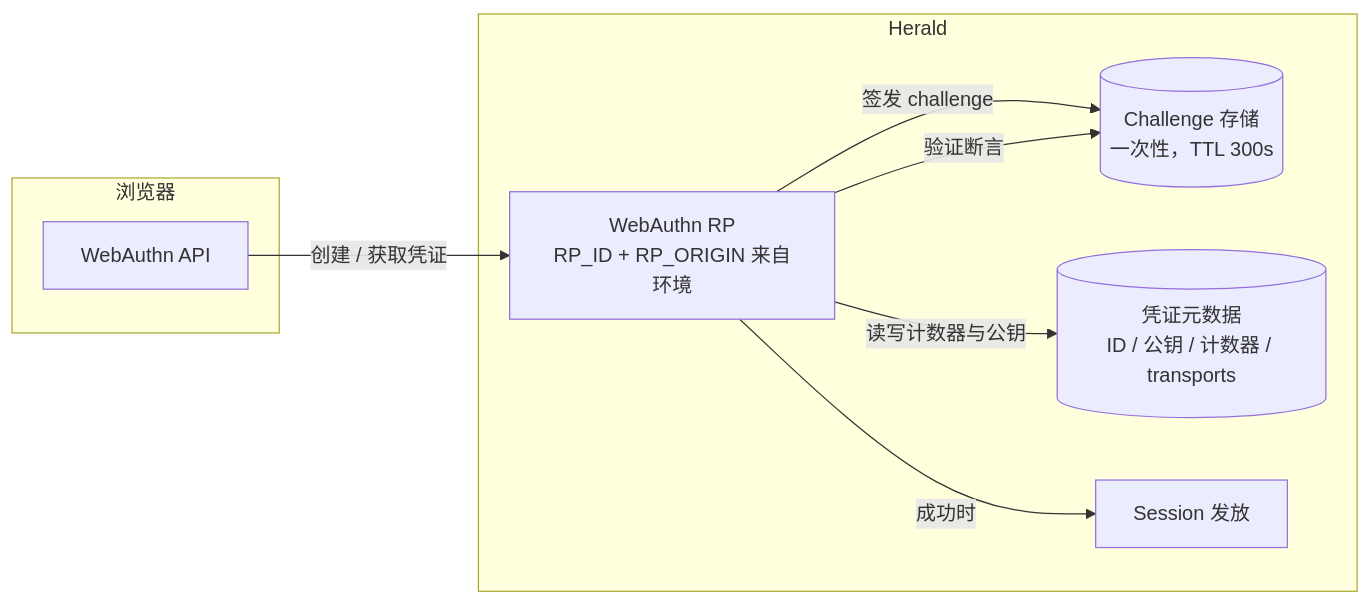
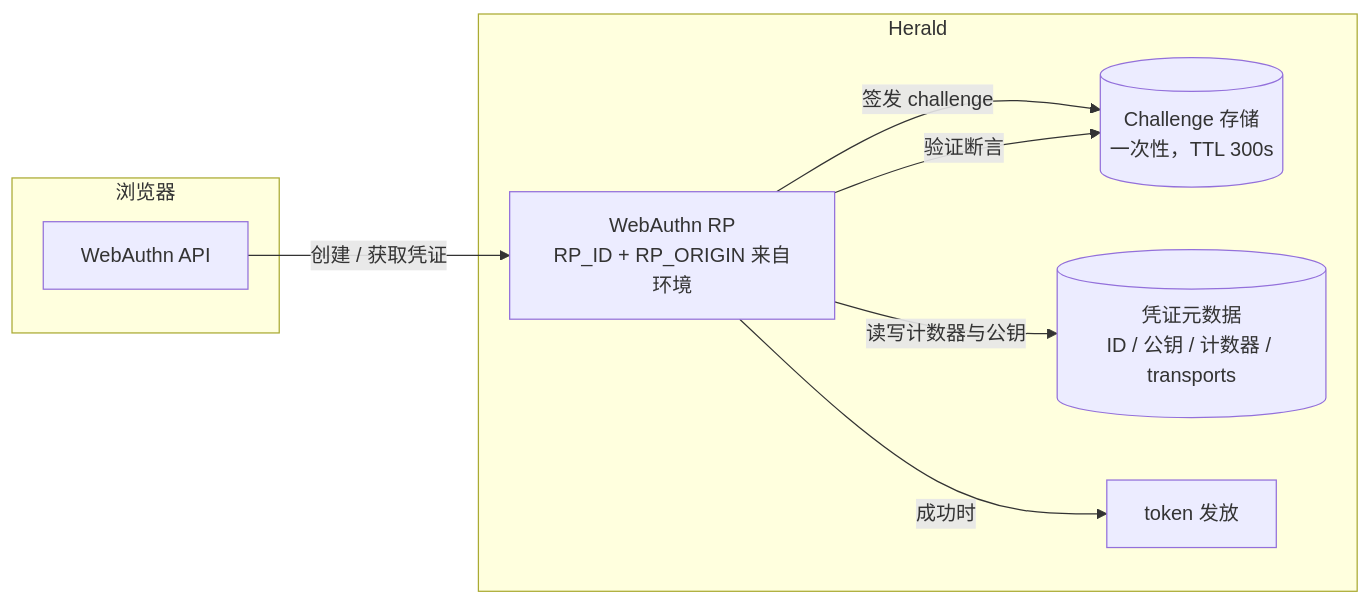
Before and after one commit to ansonTGN/herald: the diagram in docs-web/content/docs/zh/auth-passkey.mdx, drawn with Mermaid. The commit also changed other lines of this file and 126 other files, not shown here.

````diff
--- a/docs-web/content/docs/zh/auth-passkey.mdx
+++ b/docs-web/content/docs/zh/auth-passkey.mdx
@@ -76,19 +76,19 @@
 ```mermaid
 flowchart LR
     subgraph 浏览器
         UV[WebAuthn API]
     end
 
     subgraph Herald
         RP[WebAuthn RP<br/>RP_ID + RP_ORIGIN 来自环境]
         CS[(Challenge 存储<br/>一次性，TTL 300s)]
         DB[(凭证元数据<br/>ID / 公钥 / 计数器 / transports)]
-        SESS[Session 发放]
+        SESS[token 发放]
     end
 
     UV -->|创建 / 获取凭证| RP
     RP -->|签发 challenge| CS
     RP -->|验证断言| CS
     RP -->|读写计数器与公钥| DB
     RP -->|成功时| SESS
 ```
````
